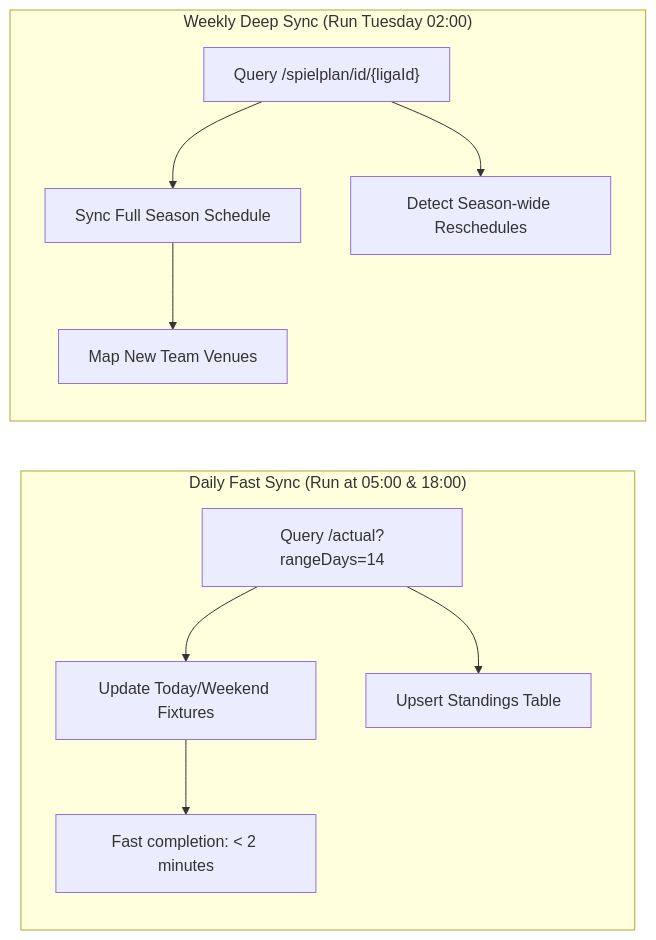
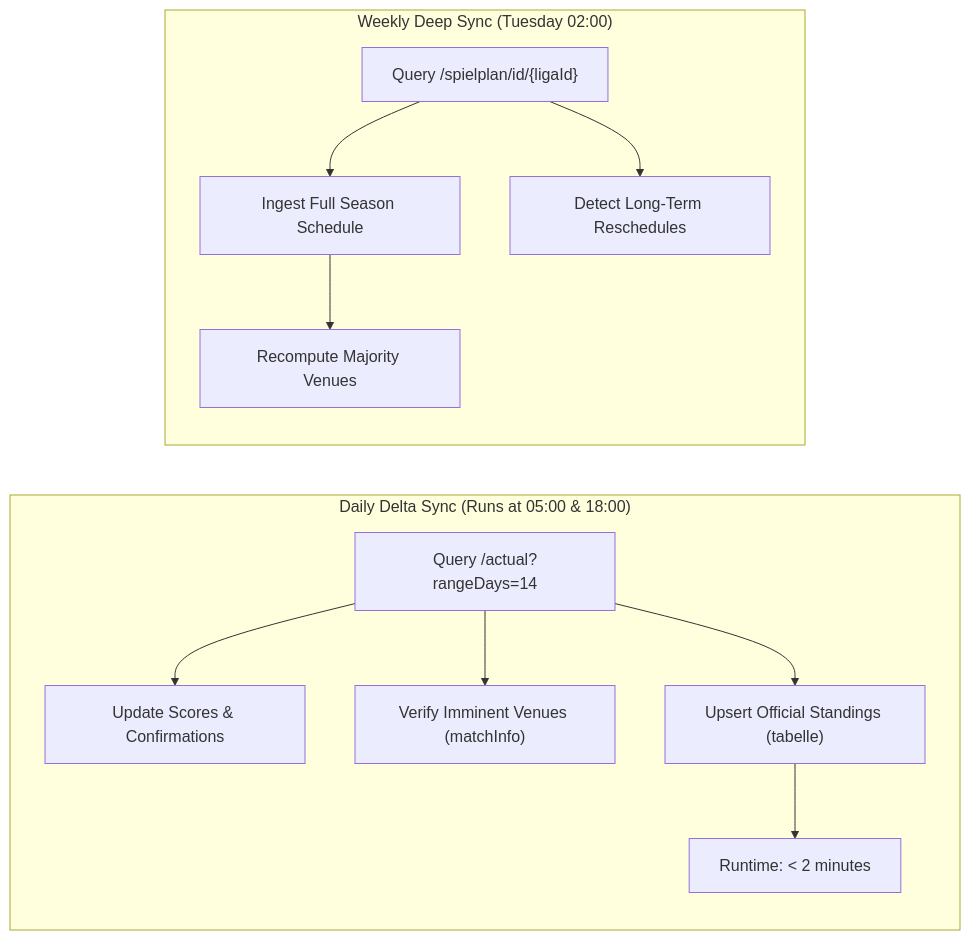
One commit to TheCodeOne/HeimspielRadar changed the fourth of 5 diagrams in docs/scraper-optimization-strategy.md. Above: the diagram before and after it, drawn with Mermaid. The commit also changed other lines of this file, not shown here.

Commit message:
docs(scraper): refine optimization strategy with two-tier venue verification and majority voting

````diff
--- a/docs/scraper-optimization-strategy.md
+++ b/docs/scraper-optimization-strategy.md
@@ -94,14 +159,15 @@
 ```mermaid
 flowchart LR
-    subgraph DailySync["Daily Fast Sync (Run at 05:00 & 18:00)"]
-        D1["Query /actual?rangeDays=14"] --> D2["Update Today/Weekend Fixtures"]
-        D1 --> D3["Upsert Standings Table"]
-        D2 --> D4["Fast completion: &lt; 2 minutes"]
+    subgraph DailySync["Daily Delta Sync (Runs at 05:00 & 18:00)"]
+        D1["Query /actual?rangeDays=14"] --> D2["Update Scores & Confirmations"]
+        D1 --> D3["Verify Imminent Venues (matchInfo)"]
+        D1 --> D4["Upsert Official Standings (tabelle)"]
+        D4 --> D5["Runtime: &lt; 2 minutes"]
     end
 
-    subgraph WeeklySync["Weekly Deep Sync (Run Tuesday 02:00)"]
-        W1["Query /spielplan/id/{ligaId}"] --> W2["Sync Full Season Schedule"]
-        W1 --> W3["Detect Season-wide Reschedules"]
-        W2 --> W4["Map New Team Venues"]
+    subgraph WeeklySync["Weekly Deep Sync (Tuesday 02:00)"]
+        W1["Query /spielplan/id/{ligaId}"] --> W2["Ingest Full Season Schedule"]
+        W1 --> W3["Detect Long-Term Reschedules"]
+        W2 --> W4["Recompute Majority Venues"]
     end
 ```
````
